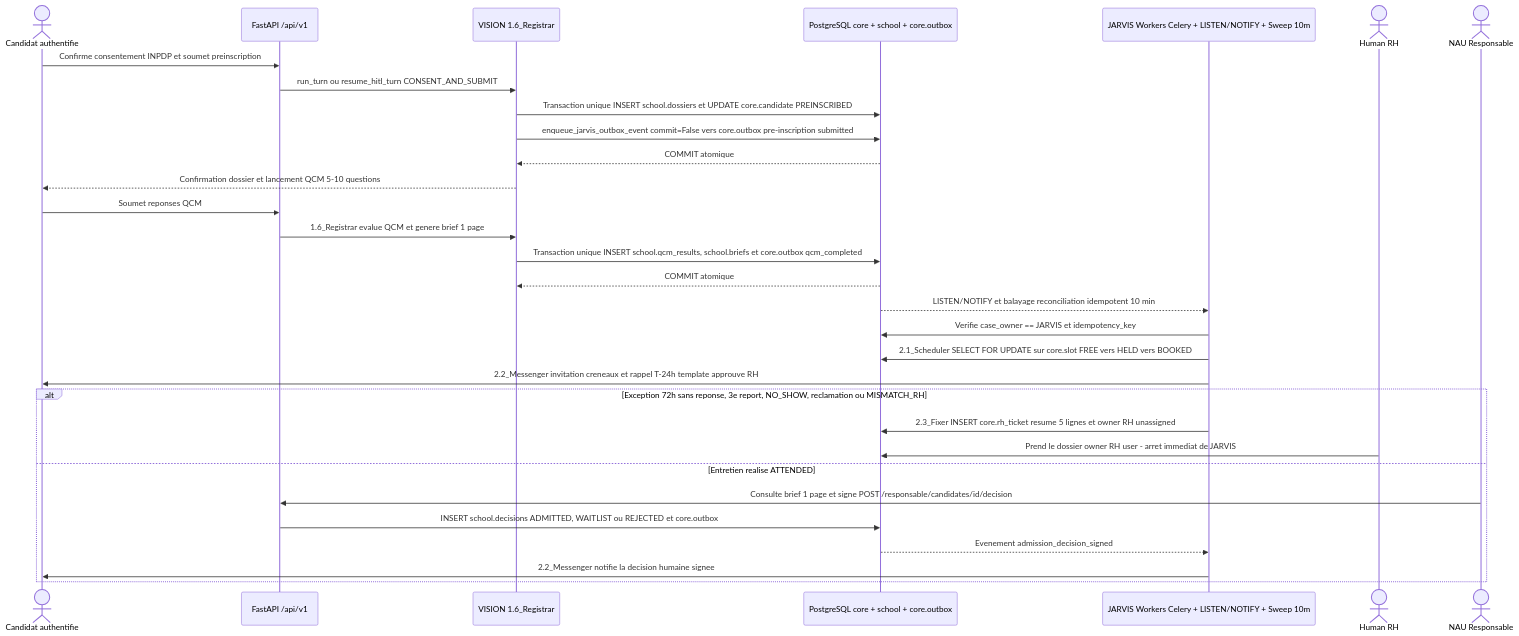
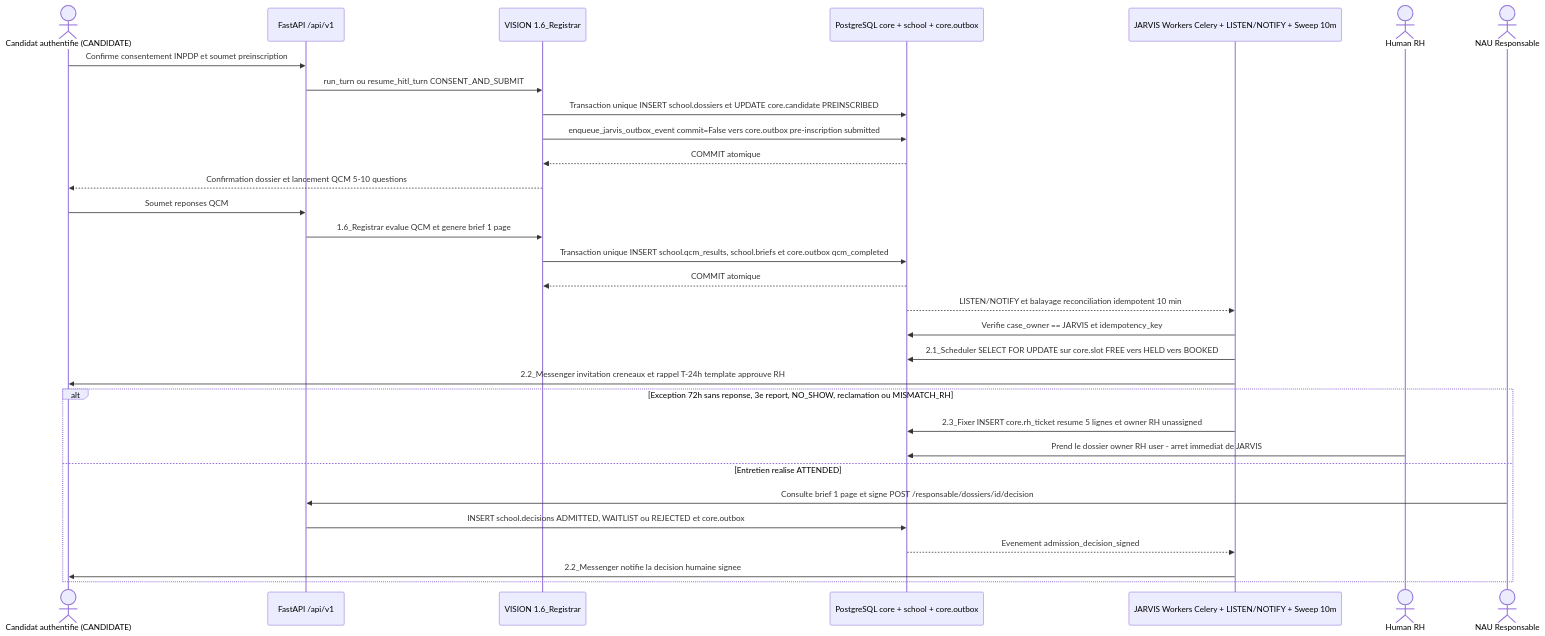
Before and after one commit to mahdizouari/SmartCampus_NightAgents: the second of 2 diagrams in architecture/agent_orchestration.md, drawn with Mermaid. The commit also changed other lines of this file and 50 other files, not shown here.

````diff
--- a/architecture/agent_orchestration.md
+++ b/architecture/agent_orchestration.md
@@ -222,37 +222,37 @@
 ```mermaid
 sequenceDiagram
-    actor Student as Candidat authentifie
+    actor Candidate as Candidat authentifie (CANDIDATE)
     participant API as FastAPI /api/v1
     participant VIS as VISION 1.6_Registrar
     participant PG as PostgreSQL core + school + core.outbox
     participant JAR as JARVIS Workers Celery + LISTEN/NOTIFY + Sweep 10m
     actor RH as Human RH
     actor Resp as NAU Responsable
 
-    Student->>API: Confirme consentement INPDP et soumet preinscription
+    Candidate->>API: Confirme consentement INPDP et soumet preinscription
     API->>VIS: run_turn ou resume_hitl_turn CONSENT_AND_SUBMIT
     VIS->>PG: Transaction unique INSERT school.dossiers et UPDATE core.candidate PREINSCRIBED
     VIS->>PG: enqueue_jarvis_outbox_event commit=False vers core.outbox pre-inscription submitted
     PG-->>VIS: COMMIT atomique
-    VIS-->>Student: Confirmation dossier et lancement QCM 5-10 questions
+    VIS-->>Candidate: Confirmation dossier et lancement QCM 5-10 questions
 
-    Student->>API: Soumet reponses QCM
+    Candidate->>API: Soumet reponses QCM
     API->>VIS: 1.6_Registrar evalue QCM et genere brief 1 page
     VIS->>PG: Transaction unique INSERT school.qcm_results, school.briefs et core.outbox qcm_completed
     PG-->>VIS: COMMIT atomique
 
     PG-->>JAR: LISTEN/NOTIFY et balayage reconciliation idempotent 10 min
     JAR->>PG: Verifie case_owner == JARVIS et idempotency_key
     JAR->>PG: 2.1_Scheduler SELECT FOR UPDATE sur core.slot FREE vers HELD vers BOOKED
-    JAR->>Student: 2.2_Messenger invitation creneaux et rappel T-24h template approuve RH
+    JAR->>Candidate: 2.2_Messenger invitation creneaux et rappel T-24h template approuve RH
 
     alt Exception 72h sans reponse, 3e report, NO_SHOW, reclamation ou MISMATCH_RH
         JAR->>PG: 2.3_Fixer INSERT core.rh_ticket resume 5 lignes et owner RH unassigned
         RH->>PG: Prend le dossier owner RH user - arret immediat de JARVIS
     else Entretien realise ATTENDED
-        Resp->>API: Consulte brief 1 page et signe POST /responsable/candidates/id/decision
+        Resp->>API: Consulte brief 1 page et signe POST /responsable/dossiers/id/decision
         API->>PG: INSERT school.decisions ADMITTED, WAITLIST ou REJECTED et core.outbox
         PG-->>JAR: Evenement admission_decision_signed
-        JAR->>Student: 2.2_Messenger notifie la decision humaine signee
+        JAR->>Candidate: 2.2_Messenger notifie la decision humaine signee
     end
 ```
````
